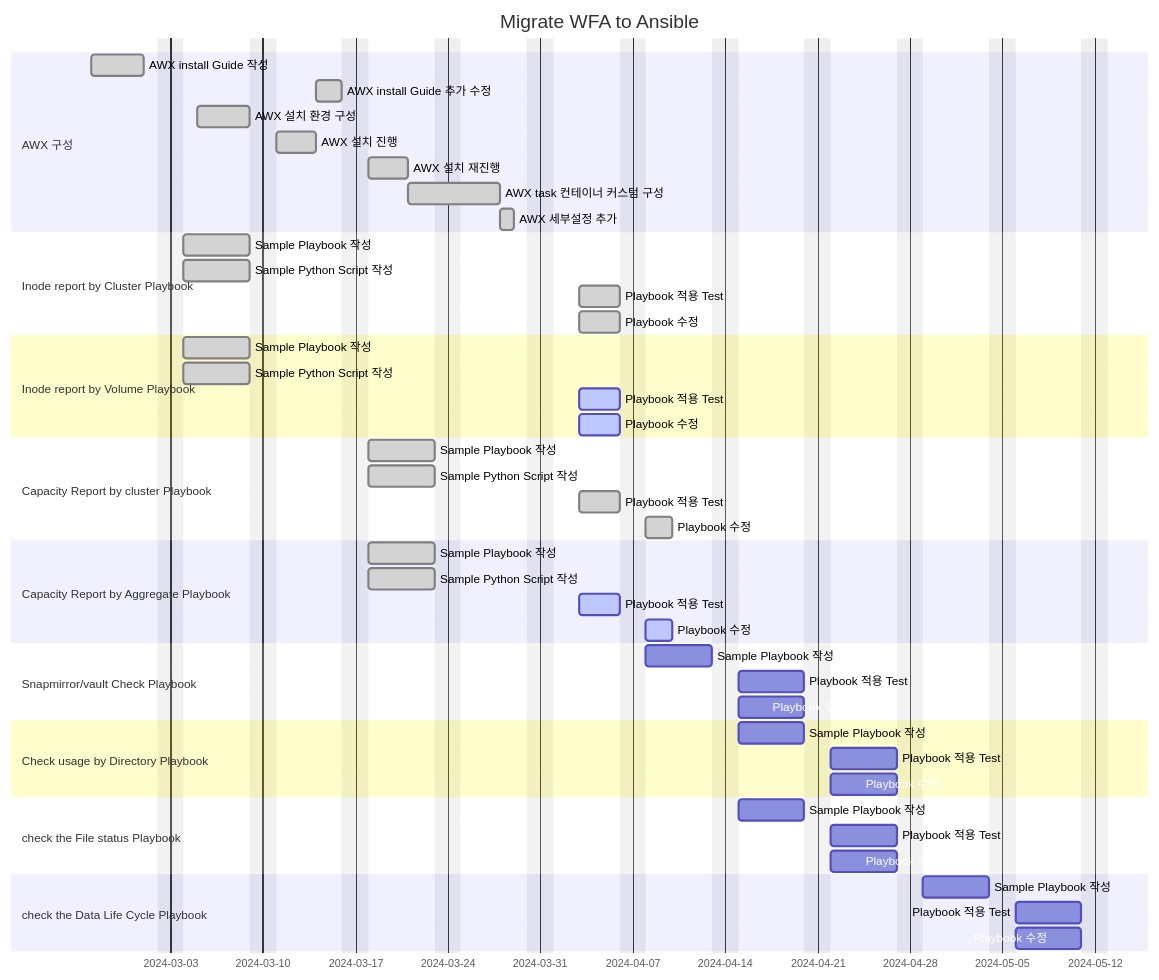
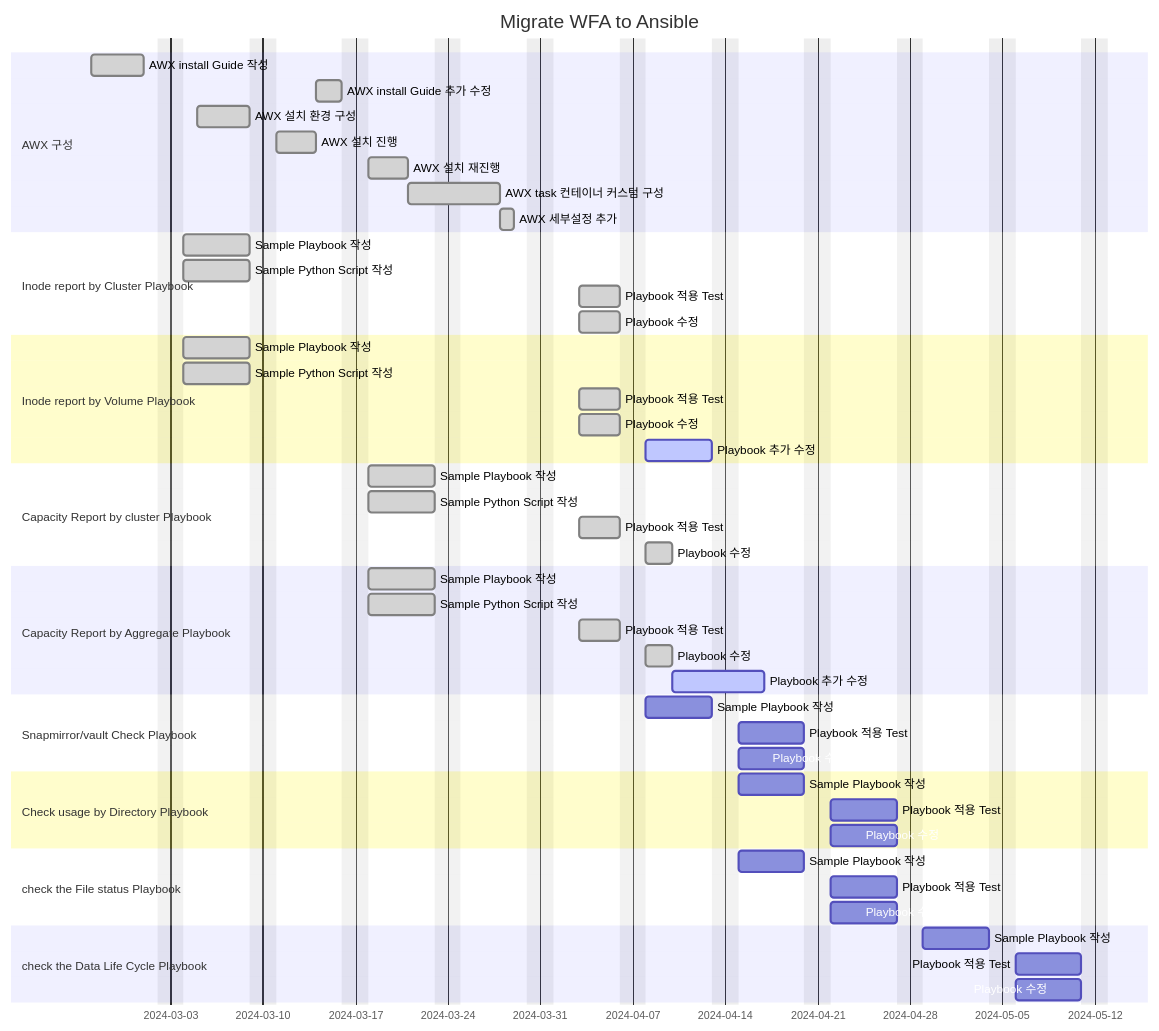
One commit to netappkr/AnsiblePlaybook changed the diagram in SKHynix/Readme.md. Above: the diagram before and after it, drawn with Mermaid.

````diff
--- a/SKHynix/Readme.md
+++ b/SKHynix/Readme.md
@@ -70,60 +70,62 @@
 ```mermaid
 gantt
     title Migrate WFA to Ansible
     dateFormat  YYYY-MM-DD
     excludes    weekends
 
     section AWX 구성
     AWX install Guide 작성  : done, awx1, 2024-02-26, 4d
     AWX install Guide 추가 수정  : done, awx1-1, after awx3, 2d
     AWX 설치 환경 구성  : done, awx2, 2024-03-05, 4d
     AWX 설치 진행 : done, awx3, after awx2 , 3d
     AWX 설치 재진행 : done, awx3-1, after awx1-1 , 3d
     AWX task 컨테이너 커스텀 구성: done, awx3-2, after awx3-1, 5d
     AWX 세부설정 추가 : done, awx4, after awx3-2, 1d
     
 
     section Inode report by Cluster Playbook
     Sample Playbook 작성 : done, p1-1, 2024-03-04, 5d
     Sample Python Script 작성 : done, p1-2, 2024-03-04, 5d
     Playbook 적용 Test: done, p1-3, 2024-04-03,  3d
     Playbook 수정 : done, p1-4, 2024-04-03 , 3d
 
     section Inode report by Volume Playbook
     Sample Playbook 작성 : done, p2-1, 2024-03-04, 5d
     Sample Python Script 작성 : done, p2-2, 2024-03-04, 5d
-    Playbook 적용 Test: active, p2-3, 2024-04-03,  3d
-    Playbook 수정 : active, p2-4, 2024-04-03 , 3d
+    Playbook 적용 Test: done, p2-3, 2024-04-03,  3d
+    Playbook 수정 : done, p2-4, 2024-04-03 , 3d
+    Playbook 추가 수정 : active, p2-5, after p2-4 , 5d
 
     section Capacity Report by cluster Playbook
     Sample Playbook 작성 : done, p3-1, 2024-03-18, 5d
     Sample Python Script 작성 : done, p3-2, 2024-03-18, 5d
     Playbook 적용 Test: done, p3-3, 2024-04-03,  3d
     Playbook 수정 : done, p3-4, 2024-04-08 , 2d
 
     section Capacity Report by Aggregate Playbook
     Sample Playbook 작성 : done, p4-1, 2024-03-18, 5d
     Sample Python Script 작성 : done, p4-2, 2024-03-18, 5d
-    Playbook 적용 Test: active, p4-3, 2024-04-03,  3d
-    Playbook 수정 : active, p4-3, 2024-04-08 , 2d
+    Playbook 적용 Test: done, p4-3, 2024-04-03,  3d
+    Playbook 수정 : done, p4-3, 2024-04-08 , 2d
+    Playbook 추가 수정 : active, p4-4, after p4-3 , 5d
 
     section Snapmirror/vault Check Playbook
     Sample Playbook 작성 : p6-1, 2024-04-08, 5d
     Playbook 적용 Test: p6-2, after p6-1,  5d
     Playbook 수정 : p6-3, after p6-1 , 5d
 
     section Check usage by Directory Playbook
     Sample Playbook 작성 : p7-1, 2024-04-15, 5d
     Playbook 적용 Test: p7-2, after p7-1,  5d
     Playbook 수정 : p7-3, after p7-1 , 5d
 
     section check the File status Playbook
     Sample Playbook 작성 : p8-1, 2024-04-15, 5d
     Playbook 적용 Test: p8-2, after p8-1,  5d
     Playbook 수정 : p8-3, after p8-1 , 5d
 
     section check the Data Life Cycle Playbook
     Sample Playbook 작성 : p10-1, 2024-04-29, 5d
     Playbook 적용 Test: p10-2, after p10-1,  5d
     Playbook 수정 : p10-3, after p10-1 , 5d
 ```
````
